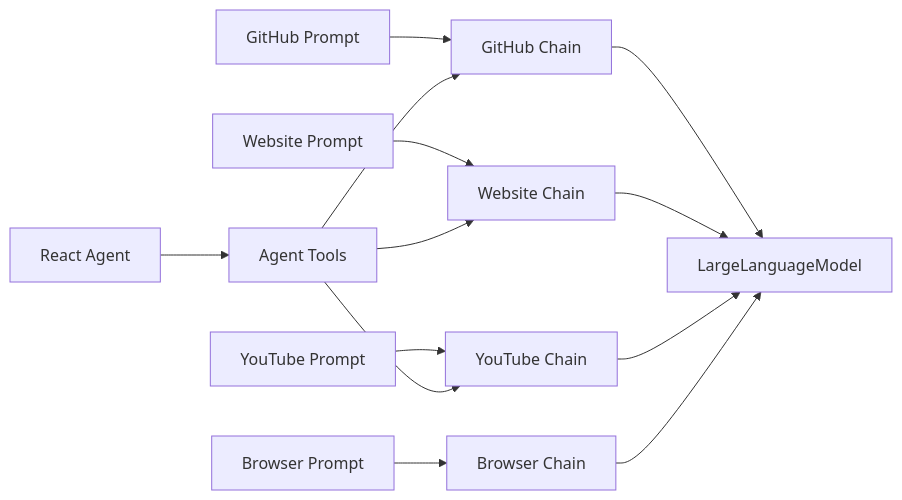
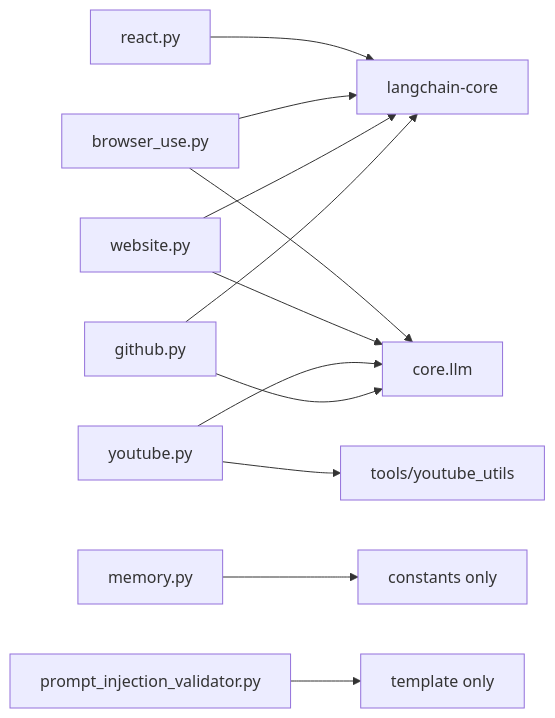
The fourth of 4 diagrams in src/data/docs/agentic-browser/Prompts and Prompt Engineering/Prompts and Prompt Engineering.md (tashifkhan/tashif.codes), drawn with Mermaid before and after one commit. The commit also changed other lines of this file and 114 other files, not shown here.

````diff
--- a/src/data/docs/agentic-browser/Prompts and Prompt Engineering/Prompts and Prompt Engineering.md
+++ b/src/data/docs/agentic-browser/Prompts and Prompt Engineering/Prompts and Prompt Engineering.md
@@ -234,15 +106,14 @@
 ```mermaid
 graph LR
-GH["GitHub Prompt"] --> GC["GitHub Chain"]
-WEBSITE["Website Prompt"] --> WC["Website Chain"]
-YT["YouTube Prompt"] --> YC["YouTube Chain"]
-BR["Browser Prompt"] --> BC["Browser Chain"]
-GC --> LLM["LargeLanguageModel"]
-WC --> LLM
-YC --> LLM
-BC --> LLM
-RA["React Agent"] --> Tools["Agent Tools"]
-Tools --> GC
-Tools --> WC
-Tools --> YC
+  PR["react.py"] --> LC["langchain-core"]
+  PB["browser_use.py"] --> LLM["core.llm"]
+  PB --> LC
+  PW["website.py"] --> LLM
+  PW --> LC
+  PY["youtube.py"] --> LLM
+  PY --> UT["tools/youtube_utils"]
+  PG["github.py"] --> LLM
+  PG --> LC
+  PM["memory.py"] --> NONE["constants only"]
+  PV["prompt_injection_validator.py"] --> NONE2["template only"]
 ```
````
